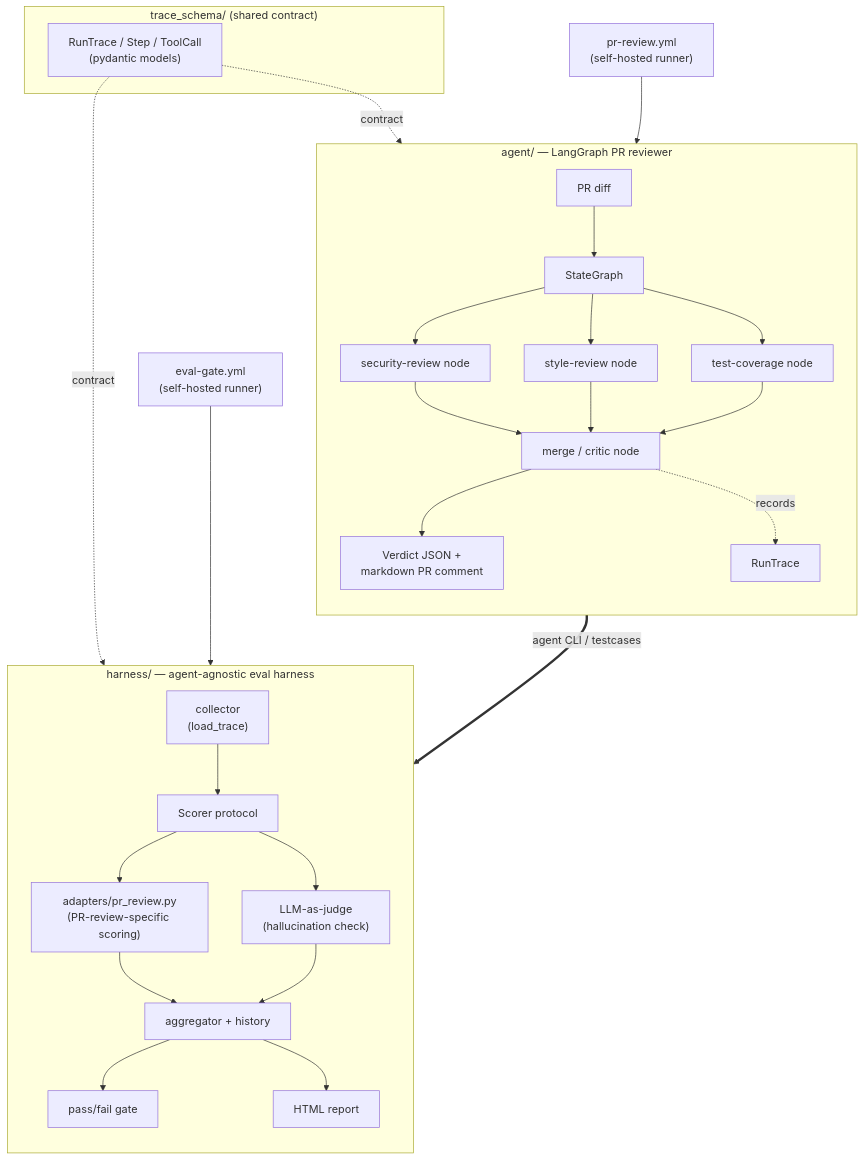
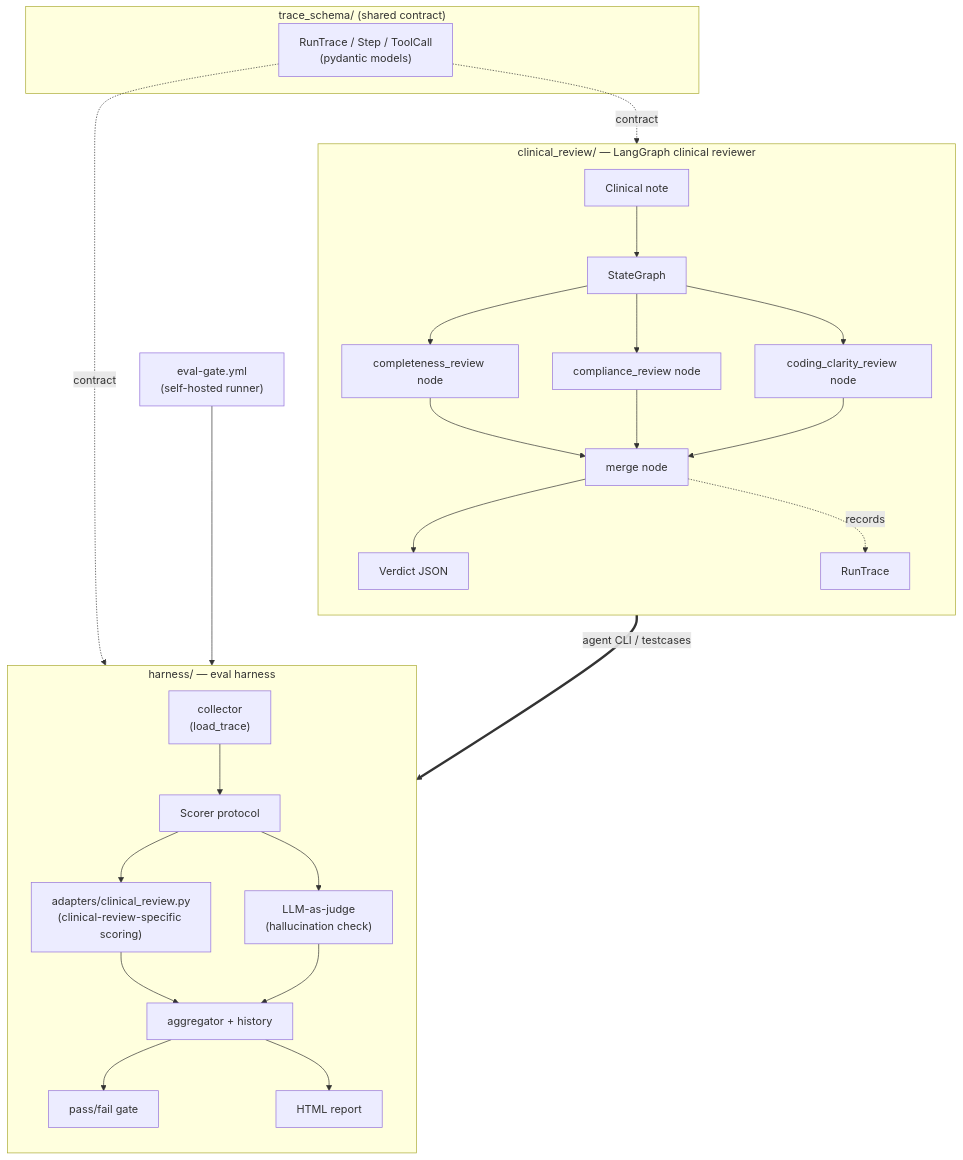
Before and after one commit to AliAlTaweel/agent_eval_harness-: the diagram in README.md, drawn with Mermaid. The commit also changed other lines of this file and 98 other files, not shown here.

First line of the commit message:
refactor: drop PR-review agent, focus repo on clinical_review

````diff
--- a/README.md
+++ b/README.md
@@ -23,37 +23,36 @@
 ```mermaid
 flowchart TB
     subgraph trace["trace_schema/ (shared contract)"]
         RunTrace["RunTrace / Step / ToolCall\n(pydantic models)"]
     end
 
-    subgraph agentPkg["agent/ — LangGraph PR reviewer"]
+    subgraph agentPkg["clinical_review/ — LangGraph clinical reviewer"]
         direction TB
-        Diff["PR diff"] --> Graph["StateGraph"]
-        Graph --> Sec["security-review node"]
-        Graph --> Style["style-review node"]
-        Graph --> Cov["test-coverage node"]
-        Sec --> Merge["merge / critic node"]
-        Style --> Merge
-        Cov --> Merge
-        Merge --> Verdict["Verdict JSON +\nmarkdown PR comment"]
+        Note["Clinical note"] --> Graph["StateGraph"]
+        Graph --> Comp["completeness_review node"]
+        Graph --> Compl["compliance_review node"]
+        Graph --> Clar["coding_clarity_review node"]
+        Comp --> Merge["merge node"]
+        Compl --> Merge
+        Clar --> Merge
+        Merge --> Verdict["Verdict JSON"]
         Merge -.records.-> AgentTrace["RunTrace"]
     end
 
-    subgraph harnessPkg["harness/ — agent-agnostic eval harness"]
+    subgraph harnessPkg["harness/ — eval harness"]
         direction TB
         Collector["collector\n(load_trace)"] --> Scorer["Scorer protocol"]
-        Scorer --> Adapter["adapters/pr_review.py\n(PR-review-specific scoring)"]
+        Scorer --> Adapter["adapters/clinical_review.py\n(clinical-review-specific scoring)"]
         Scorer --> Judge["LLM-as-judge\n(hallucination check)"]
         Adapter --> Aggregate["aggregator + history"]
         Judge --> Aggregate
         Aggregate --> Gate["pass/fail gate"]
         Aggregate --> Report["HTML report"]
     end
 
     RunTrace -.contract.-> AgentTrace
     RunTrace -.contract.-> Collector
     AgentTrace ==agent CLI / testcases==> Collector
 
-    CI1["pr-review.yml\n(self-hosted runner)"] --> agentPkg
-    CI2["eval-gate.yml\n(self-hosted runner)"] --> harnessPkg
+    CI["eval-gate.yml\n(self-hosted runner)"] --> harnessPkg
 ```
````
